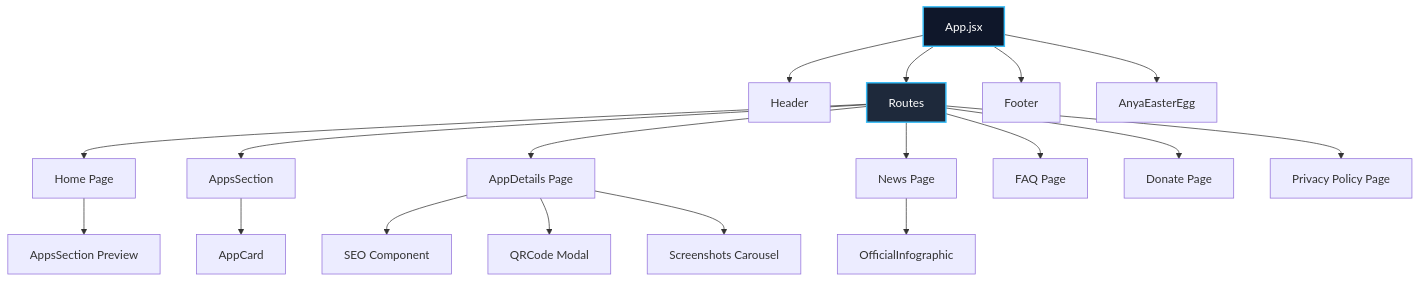
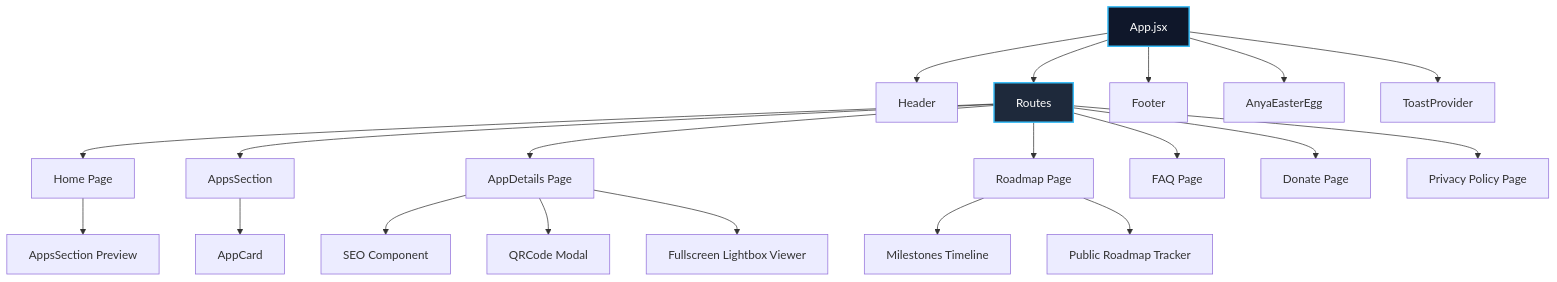
Before and after one commit to satyakiran29/skdev-web: the diagram in README.md, drawn with Mermaid. The commit also changed other lines of this file and 6 other files, not shown here.

First line of the commit message:
Replace News page with Roadmap

````diff
--- a/README.md
+++ b/README.md
@@ -49,25 +50,27 @@
 ```mermaid
 graph TD
     A[App.jsx] --> B[Header]
     A --> C[Routes]
     A --> D[Footer]
     A --> E[AnyaEasterEgg]
+    A --> T[ToastProvider]
     
     C --> F[Home Page]
     C --> G[AppsSection]
     C --> H[AppDetails Page]
-    C --> I[News Page]
+    C --> I[Roadmap Page]
     C --> J[FAQ Page]
     C --> K[Donate Page]
     C --> L[Privacy Policy Page]
     
     F --> M[AppsSection Preview]
     G --> N[AppCard]
     H --> O[SEO Component]
     H --> P[QRCode Modal]
-    H --> Q[Screenshots Carousel]
-    I --> R[OfficialInfographic]
+    H --> Q[Fullscreen Lightbox Viewer]
+    I --> R[Milestones Timeline]
+    I --> S[Public Roadmap Tracker]
     
     style A fill:#0f172a,stroke:#38bdf8,stroke-width:2px,color:#fff
     style C fill:#1e293b,stroke:#38bdf8,stroke-width:2px,color:#fff
 ```
````
